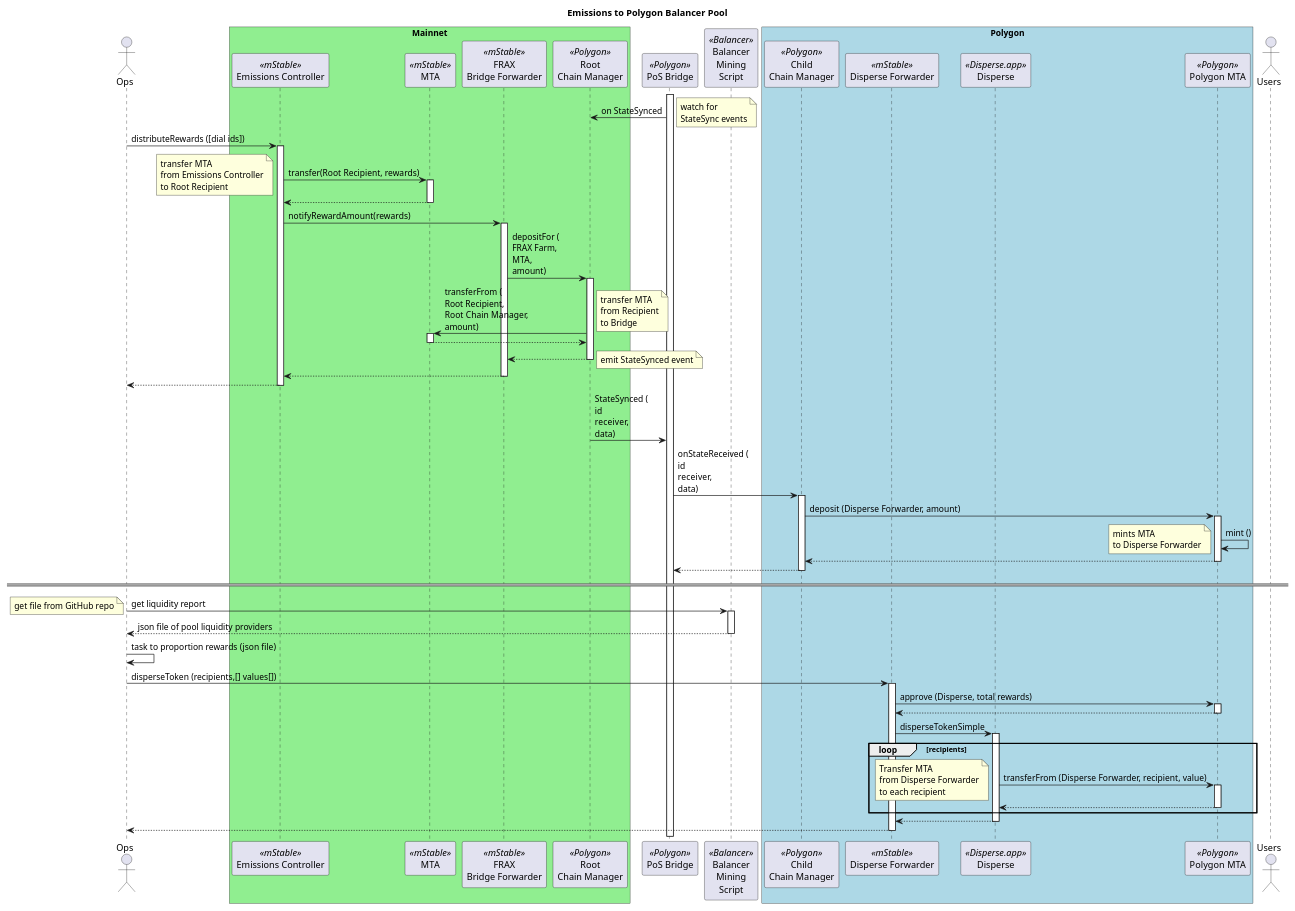
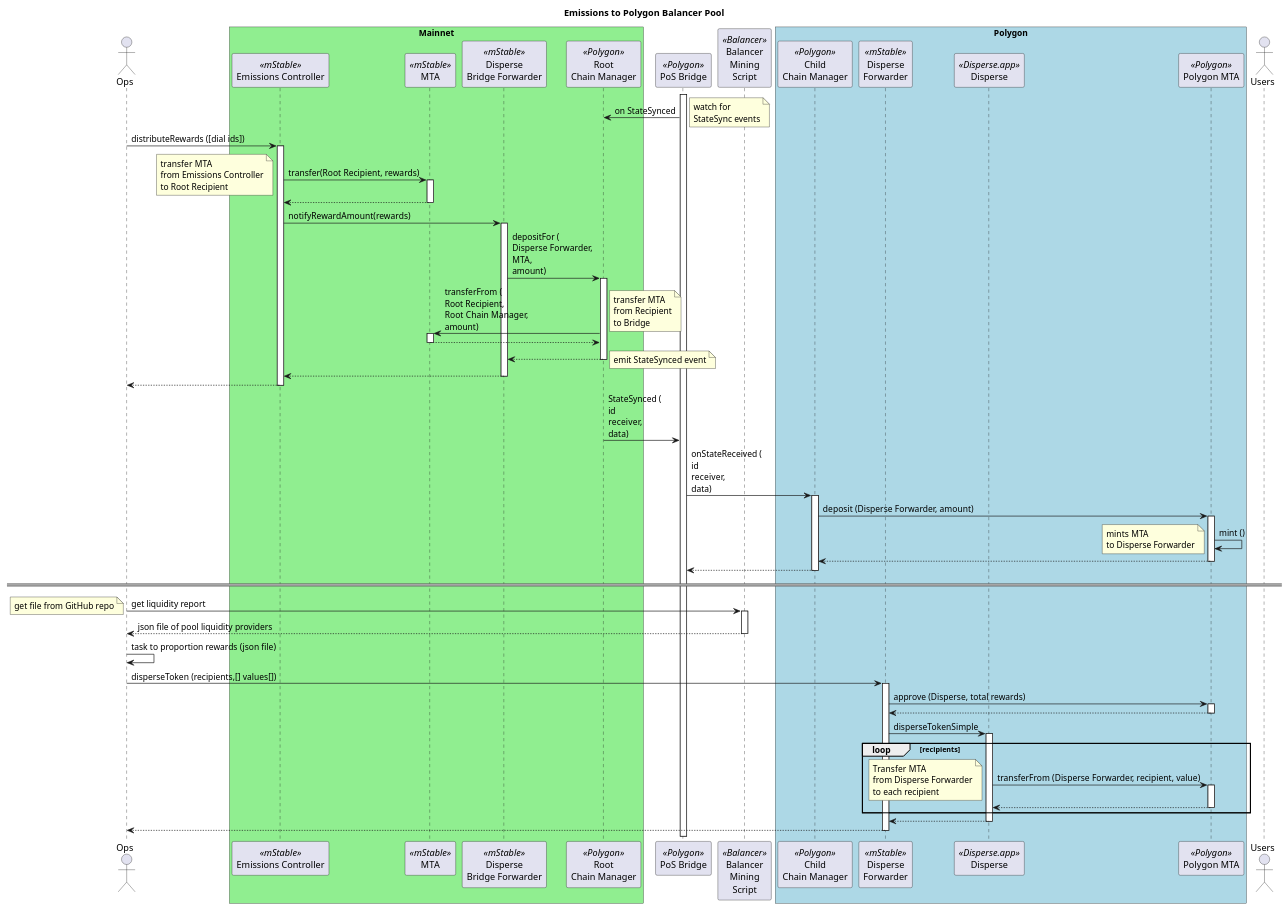
The diagram in emissions/polygonBridge_balancer.puml (mstable/mStable-process-docs), drawn with PlantUML before and after one commit. The commit also changed 1 other file, not shown here.

Commit message:
chore: updated Disperse Forwarder process

```diff
--- a/emissions/polygonBridge_balancer.puml
+++ b/emissions/polygonBridge_balancer.puml
@@ -1,86 +1,86 @@
 @startuml
 
 title "Emissions to Polygon Balancer Pool"
 
 actor Ops as ops
 
 box "Mainnet" #LightGreen
 participant "Emissions Controller" as ec <<mStable>>
 participant "MTA" as mta <<mStable>>
-participant "FRAX\nBridge Forwarder" as bf <<mStable>>
+participant "Disperse\nBridge Forwarder" as bf <<mStable>>
 participant "Root\nChain Manager" as rcm <<Polygon>>
 end box
 
 participant "PoS Bridge" as b <<Polygon>>
 
 participant "Balancer\nMining\nScript" as bms <<Balancer>>
 
 box "Polygon" #LightBlue
 participant "Child\nChain Manager" as ccm <<Polygon>>
-participant "Disperse Forwarder" as df <<mStable>>
+participant "Disperse\nForwarder" as df <<mStable>>
 participant "Disperse" as d <<Disperse.app>>
 participant "Polygon MTA" as pmta <<Polygon>>
 end box
 
 actor Users as user
 
 activate b
 b -> rcm : on StateSynced
 note right : watch for\nStateSync events
 
 ops -> ec : distributeRewards ([dial ids])
 activate ec
 ec -> mta: transfer(Root Recipient, rewards)
 activate mta
 note left: transfer MTA\nfrom Emissions Controller\nto Root Recipient
 return
 ec -> bf: notifyRewardAmount(rewards)
 activate bf
-bf -> rcm : depositFor (\nFRAX Farm,\nMTA,\namount)
+bf -> rcm : depositFor (\nDisperse Forwarder,\nMTA,\namount)
 activate rcm
 rcm -> mta : transferFrom (\nRoot Recipient,\nRoot Chain Manager,\namount)
 note right : transfer MTA\nfrom Recipient\nto Bridge
 activate mta
 return
 return
 note right : emit StateSynced event
 return
 return
 
 rcm -> b : StateSynced (\nid\nreceiver,\ndata)
 b -> ccm : onStateReceived (\nid\nreceiver,\ndata)
 activate ccm
 ccm -> pmta : deposit (Disperse Forwarder, amount)
 activate pmta
 pmta -> pmta : mint ()
 note left : mints MTA\nto Disperse Forwarder
 return
 return
 
 ====
 
 ops -> bms : get liquidity report
 activate bms
 note left: get file from GitHub repo
 return json file of pool liquidity providers
 
 ops -> ops : task to proportion rewards (json file)
 
 ops -> df : disperseToken (recipients,[] values[])
 activate df
 df -> pmta : approve (Disperse, total rewards)
 activate pmta
 return
 df -> d : disperseTokenSimple
 activate d
 loop recipients 
 d -> pmta : transferFrom (Disperse Forwarder, recipient, value)
 activate pmta
 note left: Transfer MTA\nfrom Disperse Forwarder\nto each recipient
 return
 end
 return
 return
 
 
 @enduml
```
